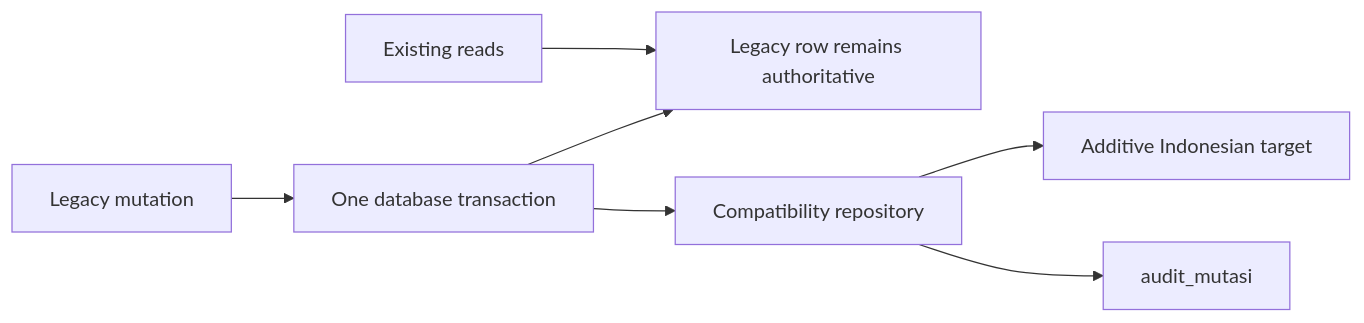
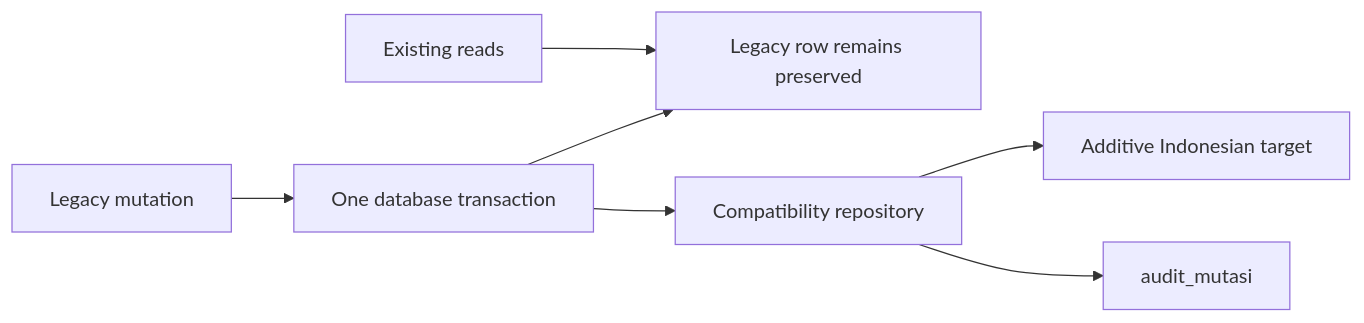
The first of 8 diagrams in docs/ARCHITECTURE.md (soezyxstt/zyxacademy), drawn with Mermaid before and after one commit. The commit also changed other lines of this file and 115 other files, not shown here.

````diff
--- a/docs/ARCHITECTURE.md
+++ b/docs/ARCHITECTURE.md
@@ -146,9 +146,9 @@
 ```mermaid
 flowchart LR
     L[Legacy mutation] --> T[One database transaction]
-    T --> LL[Legacy row remains authoritative]
+    T --> LL[Legacy row remains preserved]
     T --> C[Compatibility repository]
     C --> N[Additive Indonesian target]
     C --> A[audit_mutasi]
     R[Existing reads] --> LL
 ```
````
